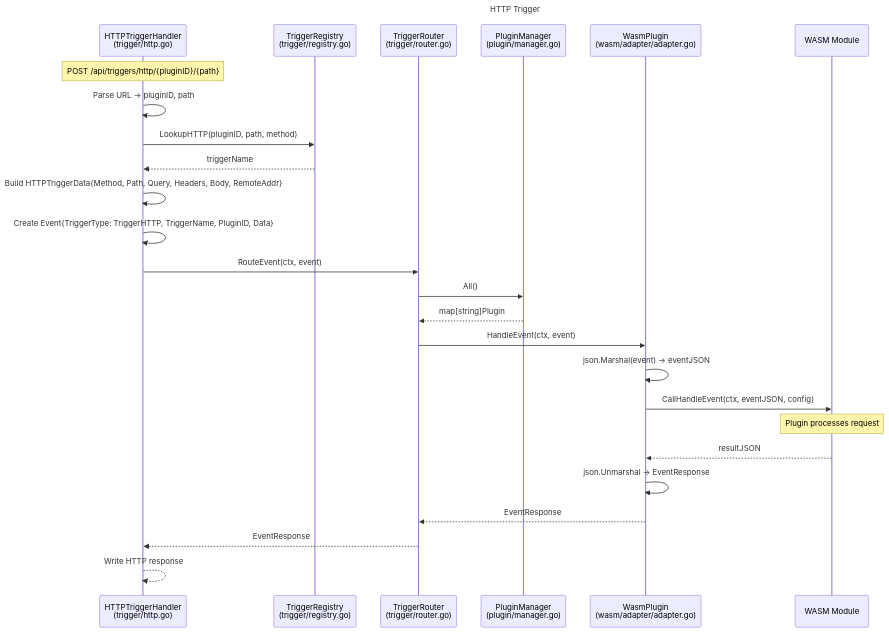
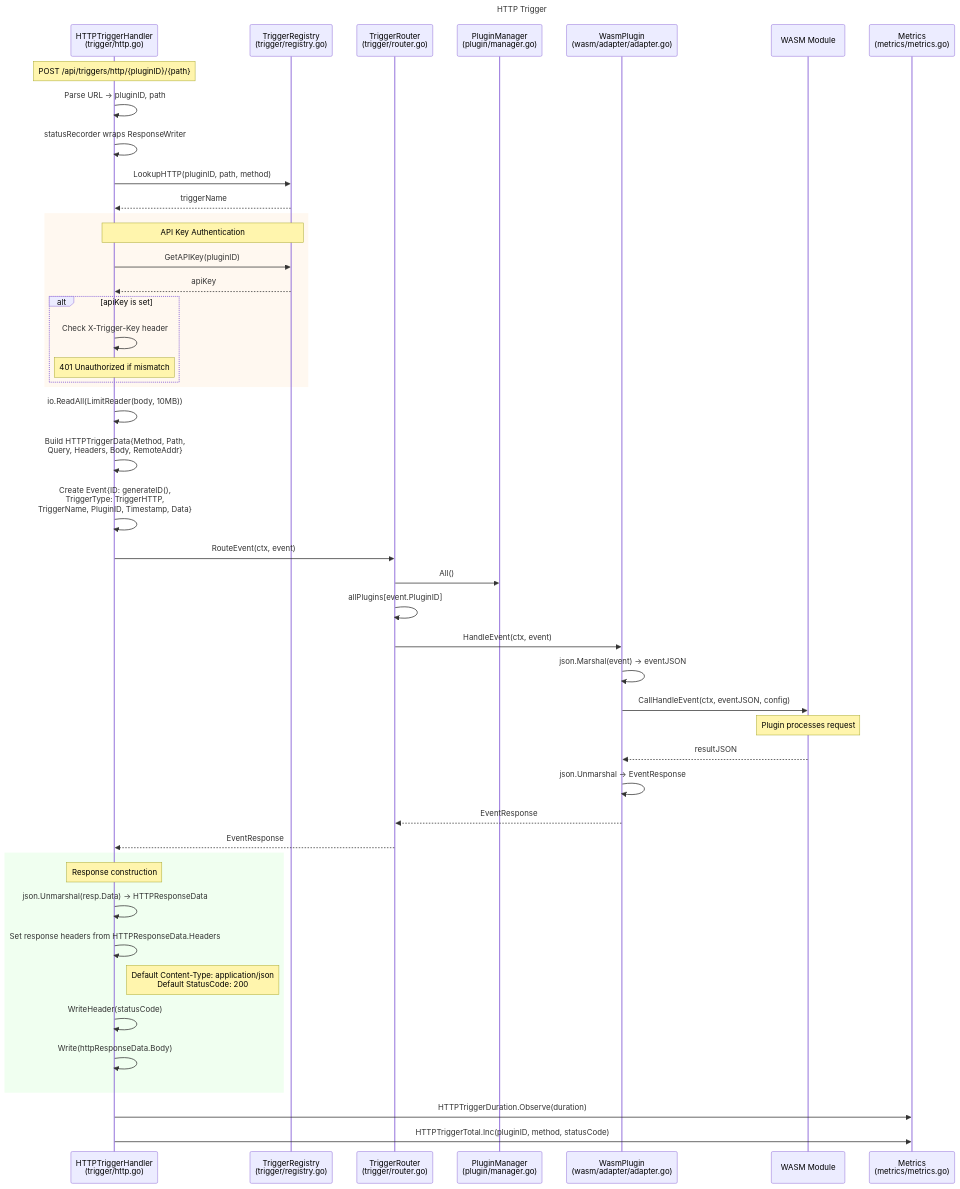
The diagram in docs/seq-trigger-http.mmd (StaZisS/SuperBotGo), drawn with Mermaid before and after one commit. The commit also changed 7 other files, not shown here.

```diff
--- a/docs/seq-trigger-http.mmd
+++ b/docs/seq-trigger-http.mmd
@@ -1,34 +1,59 @@
 sequenceDiagram
     title HTTP Trigger
 
     participant HTTP as HTTPTriggerHandler<br/>(trigger/http.go)
     participant Reg as TriggerRegistry<br/>(trigger/registry.go)
     participant TR as TriggerRouter<br/>(trigger/router.go)
     participant PM as PluginManager<br/>(plugin/manager.go)
     participant Plugin as WasmPlugin<br/>(wasm/adapter/adapter.go)
     participant WASM as WASM Module
+    participant Metrics as Metrics<br/>(metrics/metrics.go)
 
     Note over HTTP: POST /api/triggers/http/{pluginID}/{path}
 
     HTTP->>HTTP: Parse URL → pluginID, path
+    HTTP->>HTTP: statusRecorder wraps ResponseWriter
+
     HTTP->>Reg: LookupHTTP(pluginID, path, method)
     Reg-->>HTTP: triggerName
 
-    HTTP->>HTTP: Build HTTPTriggerData{Method, Path, Query, Headers, Body, RemoteAddr}
-    HTTP->>HTTP: Create Event{TriggerType: TriggerHTTP, TriggerName, PluginID, Data}
+    rect rgb(255, 248, 240)
+        Note over HTTP, Reg: API Key Authentication
+        HTTP->>Reg: GetAPIKey(pluginID)
+        Reg-->>HTTP: apiKey
+        alt apiKey is set
+            HTTP->>HTTP: Check X-Trigger-Key header
+            Note over HTTP: 401 Unauthorized if mismatch
+        end
+    end
+
+    HTTP->>HTTP: io.ReadAll(LimitReader(body, 10MB))
+    HTTP->>HTTP: Build HTTPTriggerData{Method, Path,<br/>Query, Headers, Body, RemoteAddr}
+    HTTP->>HTTP: Create Event{ID: generateID(),<br/>TriggerType: TriggerHTTP,<br/>TriggerName, PluginID, Timestamp, Data}
 
     HTTP->>TR: RouteEvent(ctx, event)
     TR->>PM: All()
-    PM-->>TR: map[string]Plugin
+    TR->>TR: allPlugins[event.PluginID]
     TR->>Plugin: HandleEvent(ctx, event)
 
     Plugin->>Plugin: json.Marshal(event) → eventJSON
     Plugin->>WASM: CallHandleEvent(ctx, eventJSON, config)
     Note over WASM: Plugin processes request
 
     WASM-->>Plugin: resultJSON
     Plugin->>Plugin: json.Unmarshal → EventResponse
     Plugin-->>TR: EventResponse
     TR-->>HTTP: EventResponse
 
-    HTTP-->>HTTP: Write HTTP response
+    rect rgb(240, 255, 240)
+        Note over HTTP: Response construction
+
+        HTTP->>HTTP: json.Unmarshal(resp.Data) → HTTPResponseData
+        HTTP->>HTTP: Set response headers from HTTPResponseData.Headers
+        Note right of HTTP: Default Content-Type: application/json<br/>Default StatusCode: 200
+        HTTP->>HTTP: WriteHeader(statusCode)
+        HTTP->>HTTP: Write(httpResponseData.Body)
+    end
+
+    HTTP->>Metrics: HTTPTriggerDuration.Observe(duration)
+    HTTP->>Metrics: HTTPTriggerTotal.Inc(pluginID, method, statusCode)
```
